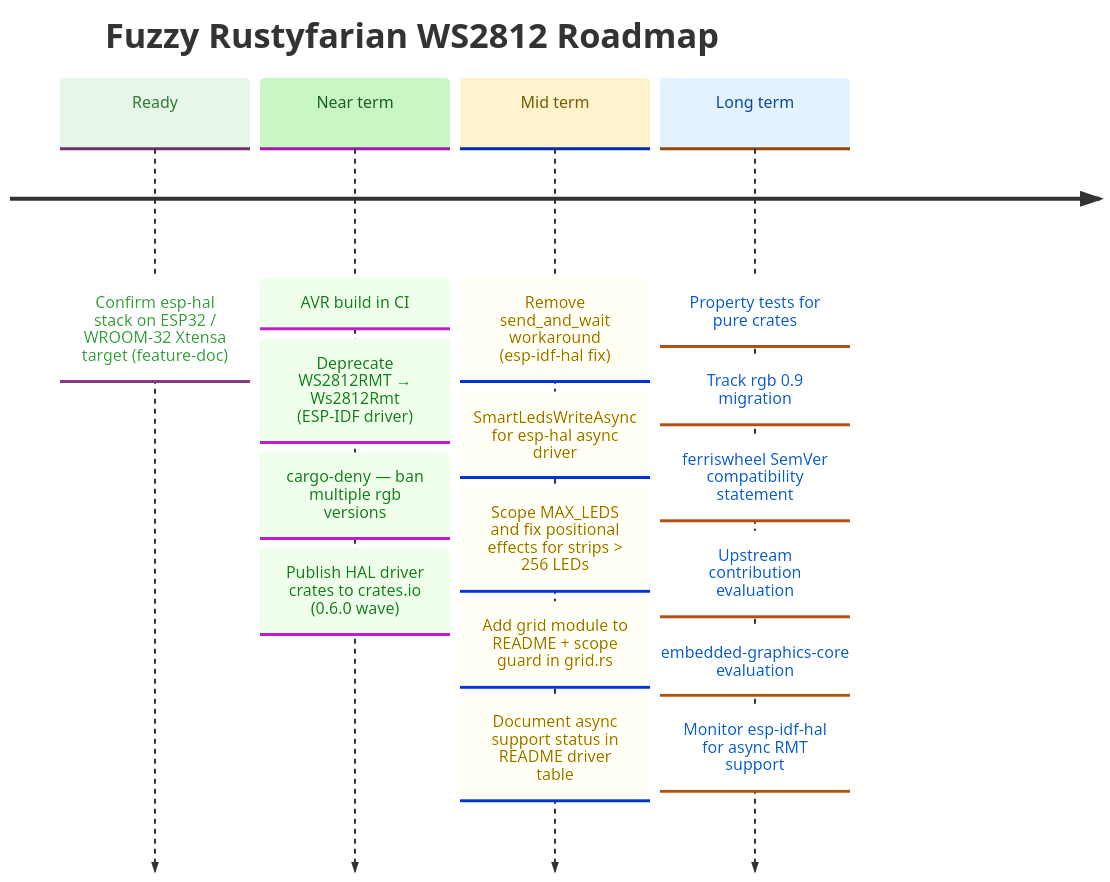
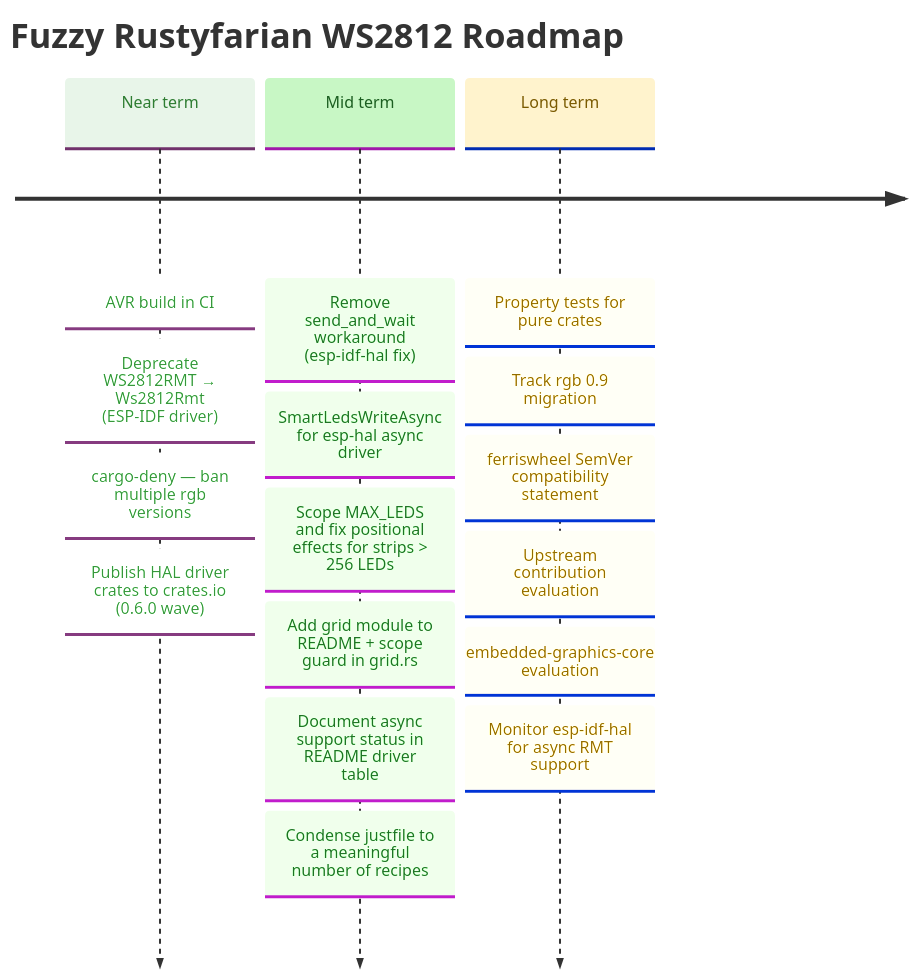
Before and after one commit to datenkollektiv/rustyfarian-ws2812: the diagram in docs/ROADMAP.md, drawn with Mermaid. The commit also changed other lines of this file and 6 other files, not shown here.

Commit message:
Update justfile and documentation for ESP32 bare-metal stack

````diff
--- a/docs/ROADMAP.md
+++ b/docs/ROADMAP.md
@@ -18,38 +19,37 @@
 ```mermaid
 %%{init: {
   "theme": "base",
   "themeVariables": {
     "cScale0": "#e8f5e9",
     "cScaleLabel0": "#2e7d32",
     "cScale1": "#c8f7c5",
     "cScaleLabel1": "#1b5e20",
     "cScale2": "#fff3cd",
     "cScaleLabel2": "#7a5a00",
     "cScale3": "#e3f2fd",
     "cScaleLabel3": "#0d47a1"
   }
 }}%%
 
 timeline
     title Fuzzy Rustyfarian WS2812 Roadmap
 
-    Ready     : Confirm esp-hal stack on ESP32 / WROOM-32 Xtensa target (feature-doc)
-
     Near term : AVR build in CI
               : Deprecate WS2812RMT → Ws2812Rmt (ESP-IDF driver)
               : cargo-deny — ban multiple rgb versions
               : Publish HAL driver crates to crates.io (0.6.0 wave)
 
     Mid term  : Remove send_and_wait workaround (esp-idf-hal fix)
               : SmartLedsWriteAsync for esp-hal async driver
               : Scope MAX_LEDS and fix positional effects for strips > 256 LEDs
               : Add grid module to README + scope guard in grid.rs
               : Document async support status in README driver table
+              : Condense justfile to a meaningful number of recipes
 
     Long term : Property tests for pure crates
               : Track rgb 0.9 migration
               : ferriswheel SemVer compatibility statement
               : Upstream contribution evaluation
               : embedded-graphics-core evaluation
               : Monitor esp-idf-hal for async RMT support
 ```
````
